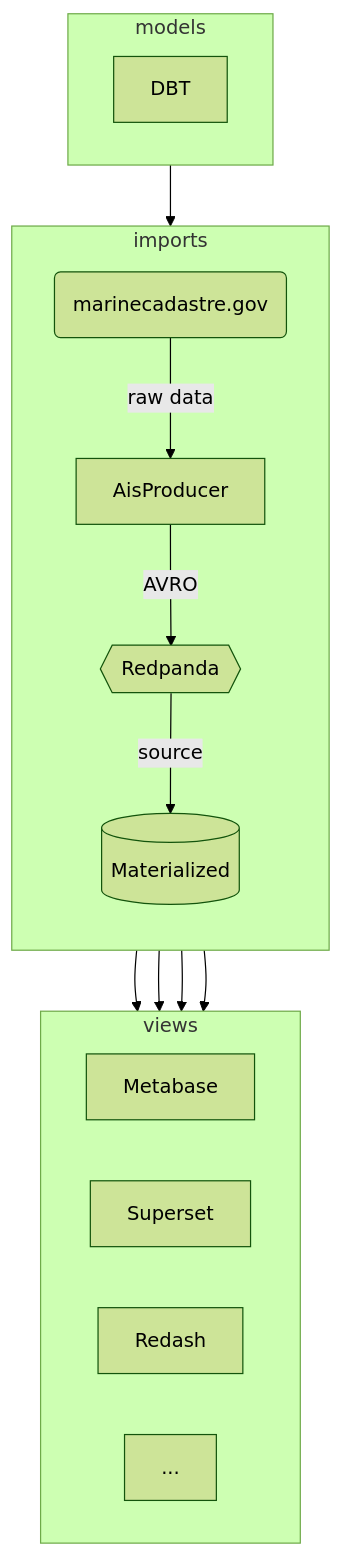
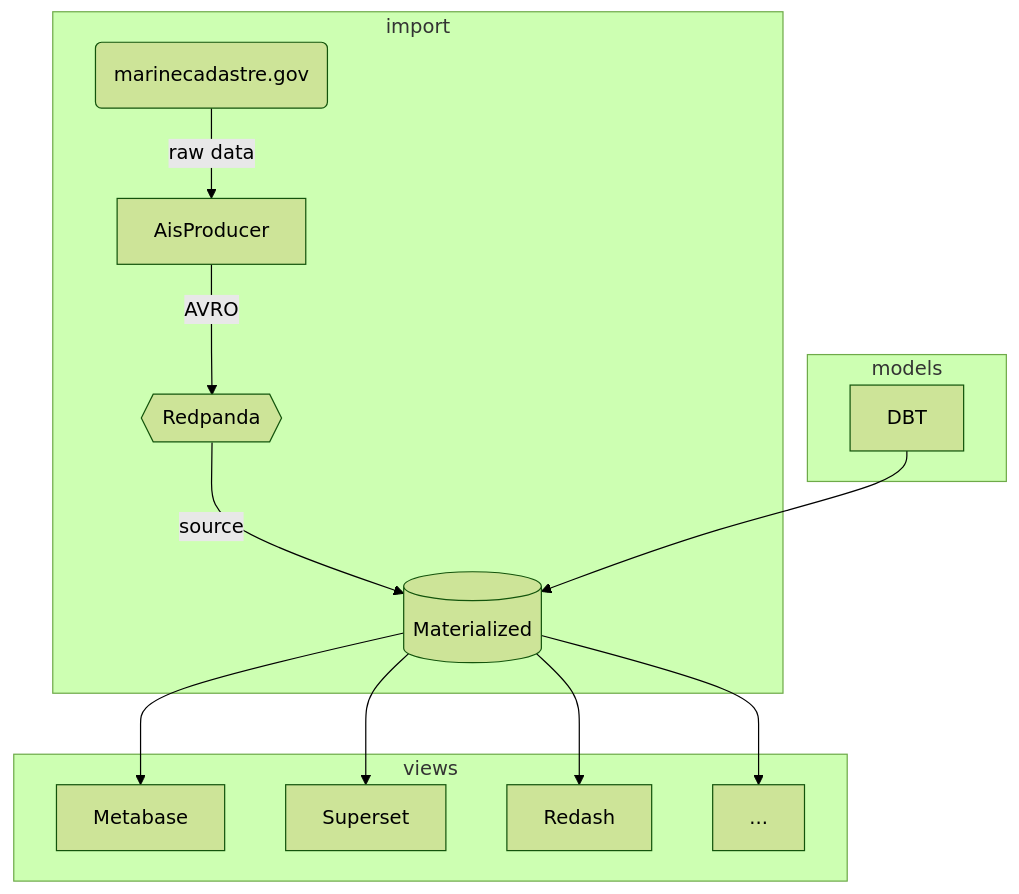
One commit to marcelmaatkamp/AisMarineCadastreDataInMetabase changed the diagram in README.md. Above: the diagram before and after it, drawn with Mermaid (forest theme).

Commit message:
mermaidjs

````diff
--- a/README.md
+++ b/README.md
@@ -5,23 +5,20 @@
 ```mermaid
-flowchart
+flowchart 
  
-subgraph import["imports"]
-direction TD
+subgraph import["import"]
   marinecadastre.gov(marinecadastre.gov)-- raw data --> AisProducer
   AisProducer-- AVRO --> Redpanda{{Redpanda}}
   Redpanda-- source --> Materialized[(Materialized)]
 end
 
 subgraph models["models"]
-direction LR
     DBT--> Materialized
 end
 
 subgraph display["views"]
-direction RL
     Materialized--> Metabase
     Materialized--> Superset
     Materialized--> Redash
     Materialized--> ...
 end
 ```
````
